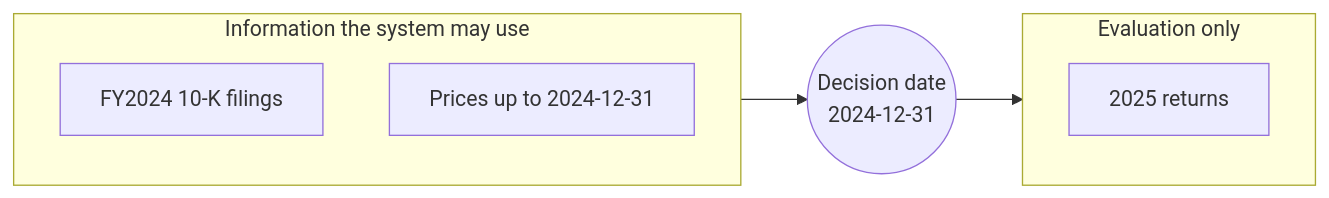
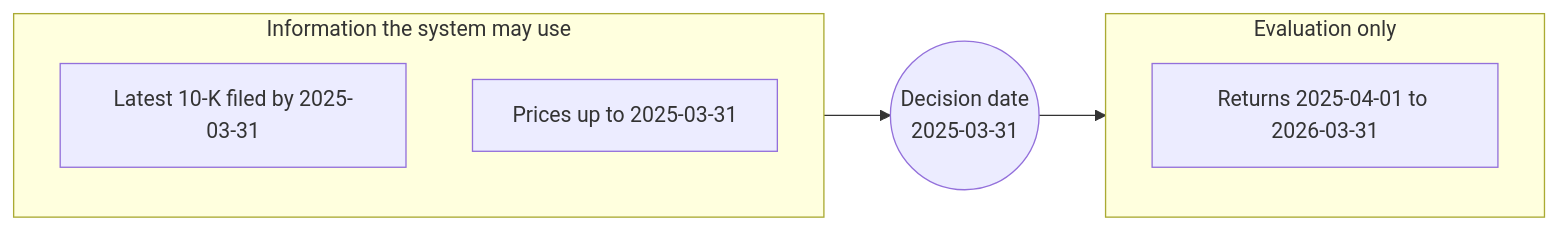
One commit to whoimad/maid changed the fourth of 6 diagrams in docs/architecture/overview.md. Above: the diagram before and after it, drawn with Mermaid. The commit also changed other lines of this file and 11 other files, not shown here.

First line of the commit message:
docs: real-data spec and decision date 2025-03-31 (D17)

````diff
--- a/docs/architecture/overview.md
+++ b/docs/architecture/overview.md
@@ -98,12 +98,12 @@
 ```mermaid
 flowchart LR
     subgraph before[" Information the system may use "]
-      D1[FY2024 10-K filings]
-      D2[Prices up to 2024-12-31]
+      D1[Latest 10-K filed by 2025-03-31]
+      D2[Prices up to 2025-03-31]
     end
-    X((Decision date<br/>2024-12-31))
+    X((Decision date<br/>2025-03-31))
     subgraph after[" Evaluation only "]
-      E1[2025 returns]
+      E1[Returns 2025-04-01 to 2026-03-31]
     end
     before --> X --> after
 ```
````
